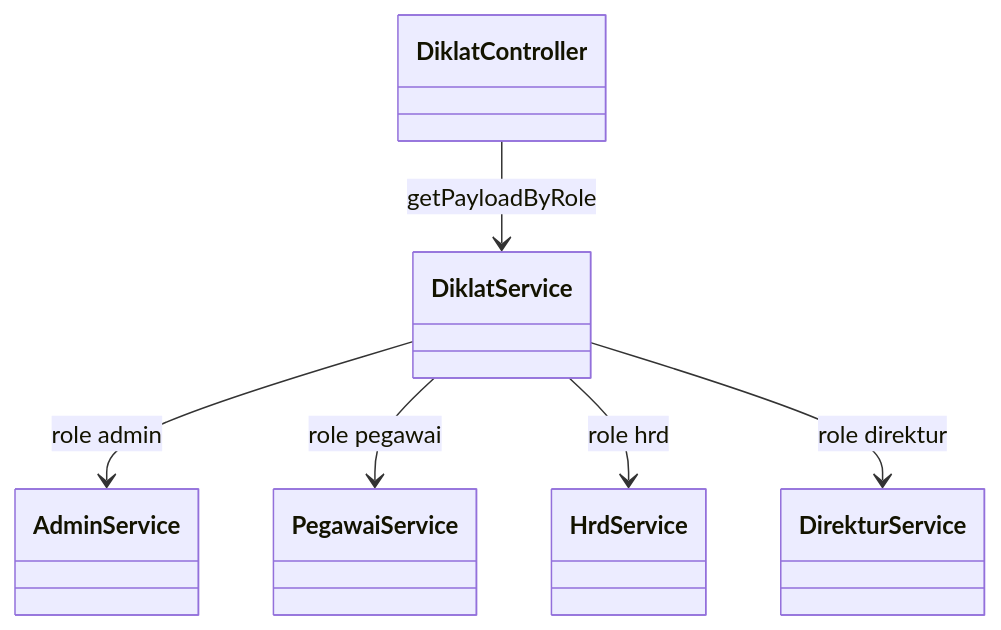
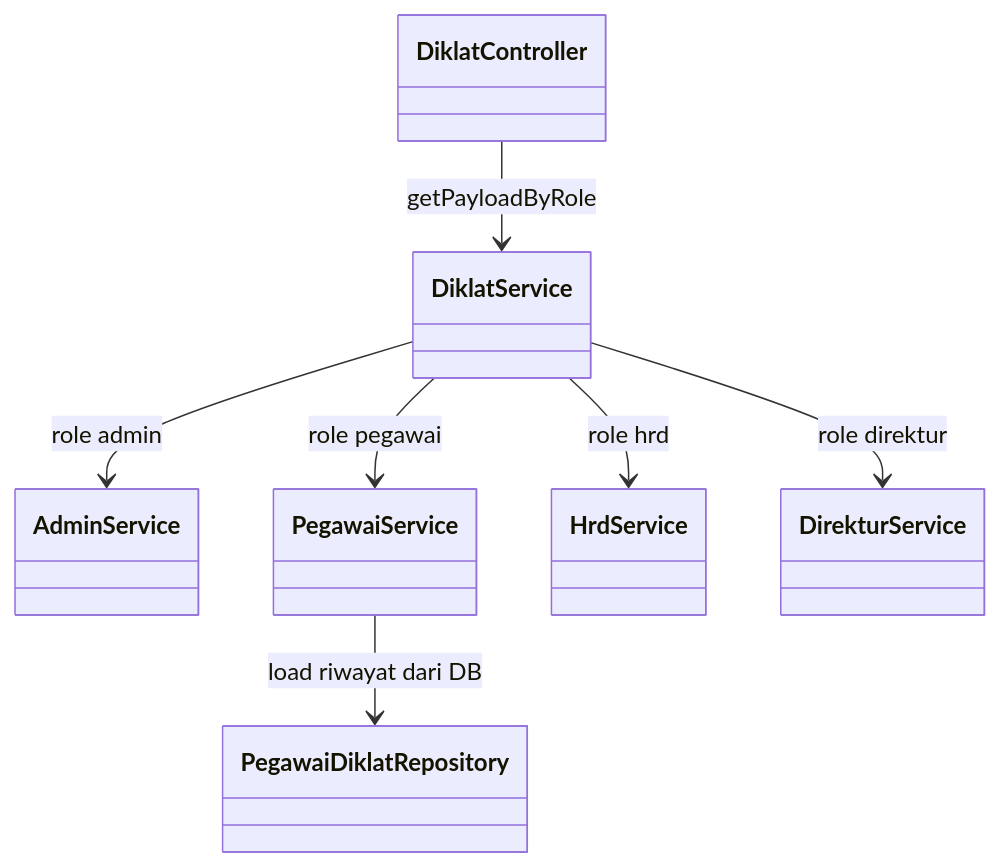
Diagram 18 of 20 in dokumentasi/dokumentasi_app.md (widy4aa/BE-SIMPEG-RSKALISAT), drawn with Mermaid before and after one commit. The commit also changed other lines of this file and 10 other files, not shown here.

Commit message:
feat: sync diklat data flow and documentation

````diff
--- a/dokumentasi/dokumentasi_app.md
+++ b/dokumentasi/dokumentasi_app.md
@@ -770,15 +793,17 @@
 ```mermaid
 classDiagram
 	class DiklatController
 	class DiklatService
 	class AdminService
 	class PegawaiService
+	class PegawaiDiklatRepository
 	class HrdService
 	class DirekturService
 
 	DiklatController --> DiklatService : getPayloadByRole
 	DiklatService --> AdminService : role admin
 	DiklatService --> PegawaiService : role pegawai
+	PegawaiService --> PegawaiDiklatRepository : load riwayat dari DB
 	DiklatService --> HrdService : role hrd
 	DiklatService --> DirekturService : role direktur
 ```
````
